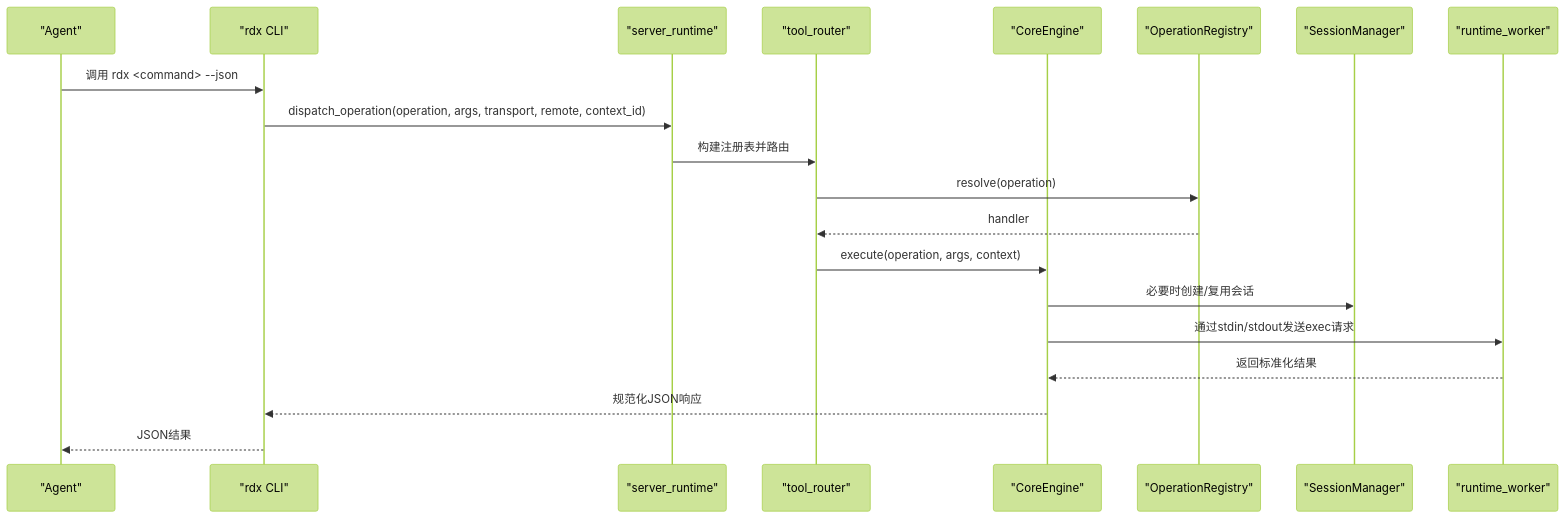
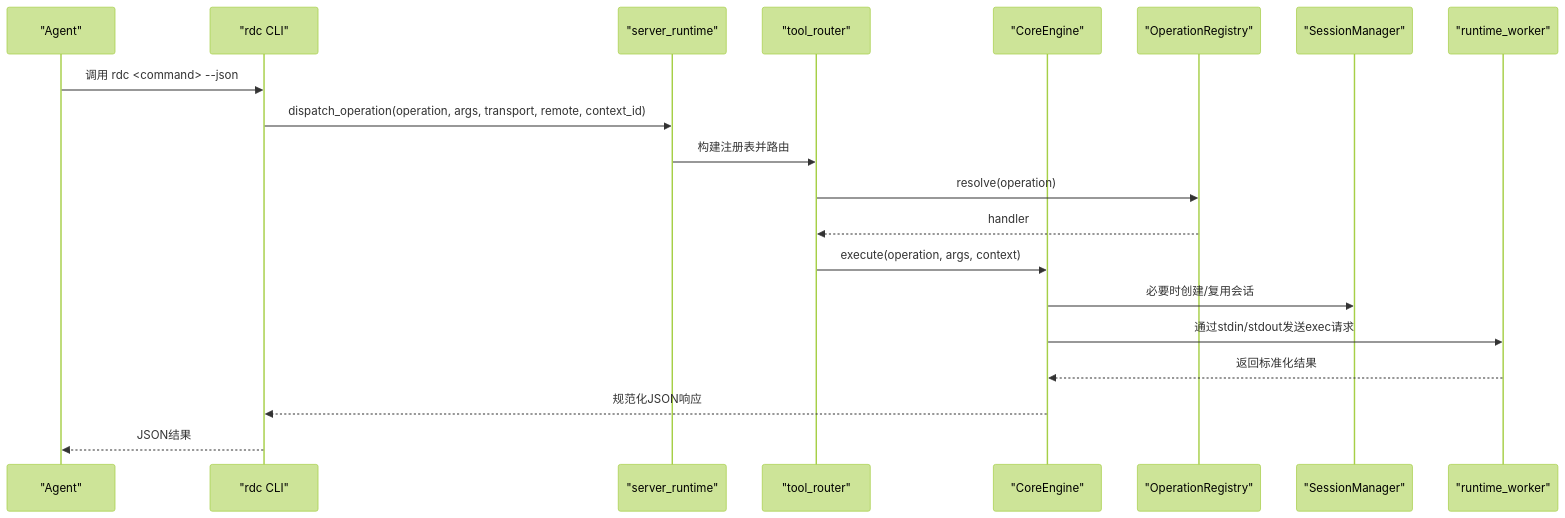
The second of 8 diagrams in .qoder/repowiki/zh/content/核心概念/Agent模型.md (haolange/RDC-Tool), drawn with Mermaid (forest theme) before and after one commit. The commit also changed other lines of this file and 388 other files, not shown here.

````diff
--- a/.qoder/repowiki/zh/content/核心概念/Agent模型.md
+++ b/.qoder/repowiki/zh/content/核心概念/Agent模型.md
@@ -100,22 +100,22 @@
 ```mermaid
 sequenceDiagram
 participant Agent as "Agent"
-participant CLI as "rdx CLI"
+participant CLI as "rdc CLI"
 participant Srv as "server_runtime"
 participant Router as "tool_router"
 participant Eng as "CoreEngine"
 participant Reg as "OperationRegistry"
 participant SM as "SessionManager"
 participant Wkr as "runtime_worker"
-Agent->>CLI : 调用 rdx <command> --json
+Agent->>CLI : 调用 rdc <command> --json
 CLI->>Srv : dispatch_operation(operation, args, transport, remote, context_id)
 Srv->>Router : 构建注册表并路由
 Router->>Reg : resolve(operation)
 Reg-->>Router : handler
 Router->>Eng : execute(operation, args, context)
 Eng->>SM : 必要时创建/复用会话
 Eng->>Wkr : 通过stdin/stdout发送exec请求
 Wkr-->>Eng : 返回标准化结果
 Eng-->>CLI : 规范化JSON响应
 CLI-->>Agent : JSON结果
 ```
````
